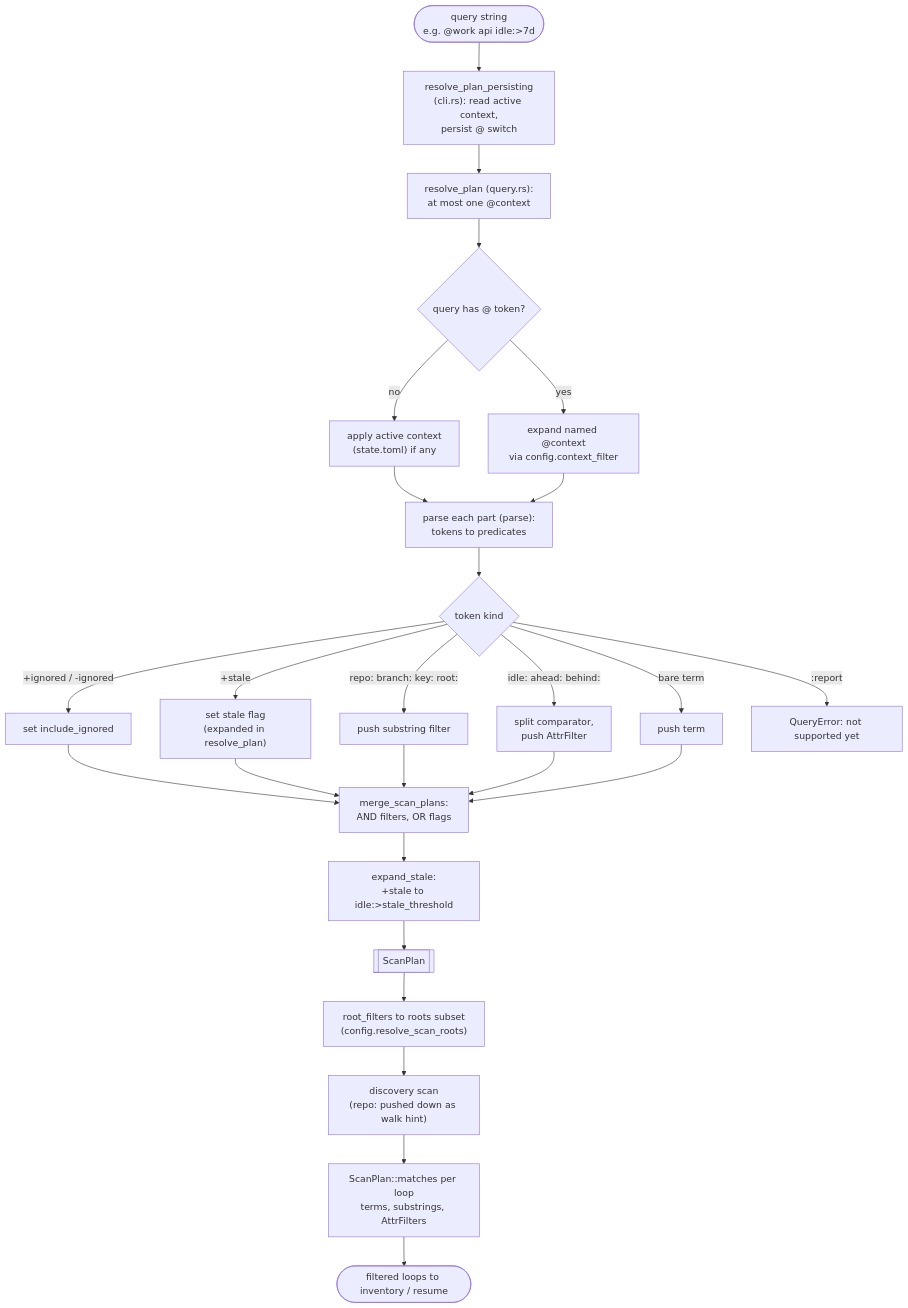
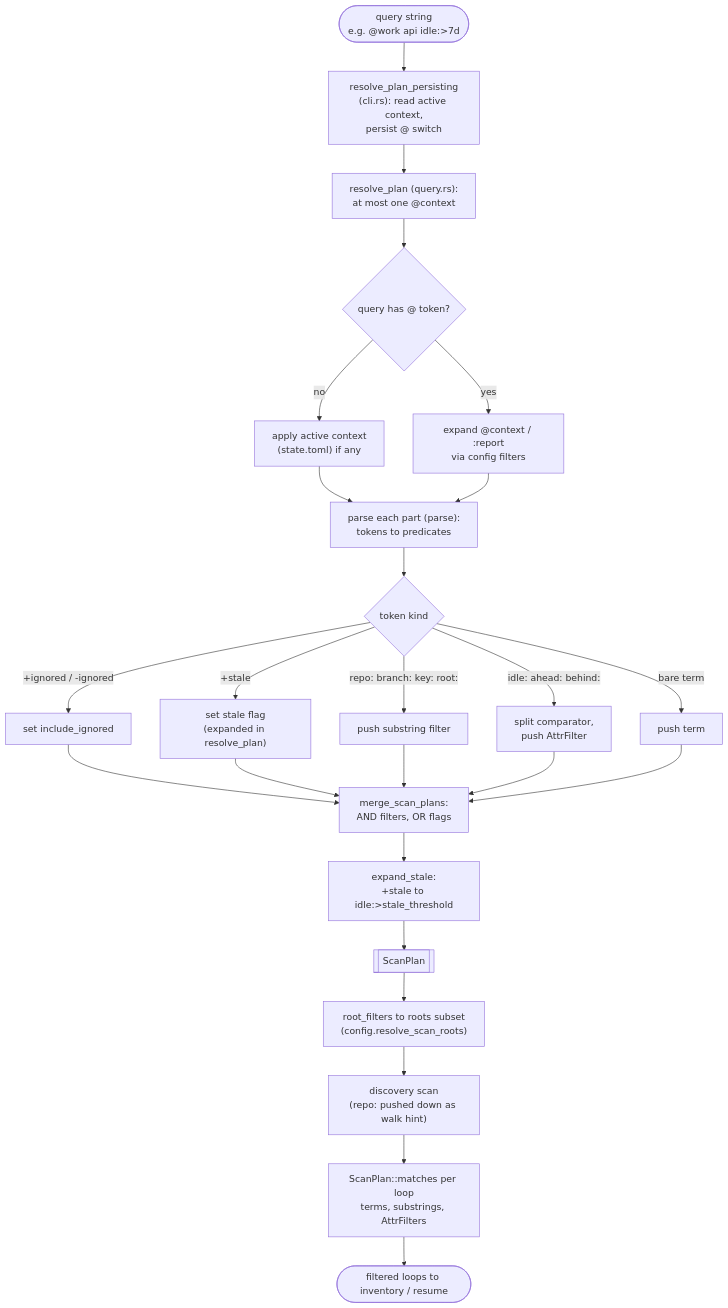
The diagram in docs/architecture/03-query-engine.md (carvalhosauro/open-loops), drawn with Mermaid before and after one commit. The commit also changed other lines of this file and 7 other files, not shown here.

````diff
--- a/docs/architecture/03-query-engine.md
+++ b/docs/architecture/03-query-engine.md
@@ -107,32 +108,31 @@
 ```mermaid
 flowchart TD
     qstr(["query string<br/>e.g. @work api idle:&gt;7d"]) --> wrap["resolve_plan_persisting<br/>(cli.rs): read active context,<br/>persist @ switch"]
     wrap --> resolve["resolve_plan (query.rs):<br/>at most one @context"]
 
     resolve --> hasat{query has @ token?}
     hasat -->|no| usedef["apply active context<br/>(state.toml) if any"]
-    hasat -->|yes| expand["expand named @context<br/>via config.context_filter"]
+    hasat -->|yes| expand["expand @context / :report<br/>via config filters"]
     usedef --> subparse
     expand --> subparse
 
     subparse["parse each part (parse):<br/>tokens to predicates"] --> toks{token kind}
     toks -->|+ignored / -ignored| flag["set include_ignored"]
     toks -->|+stale| stale["set stale flag<br/>(expanded in resolve_plan)"]
     toks -->|repo: branch: key: root:| subs["push substring filter"]
     toks -->|idle: ahead: behind:| attr["split comparator,<br/>push AttrFilter"]
     toks -->|bare term| term["push term"]
-    toks -->|:report| rep["QueryError: not supported yet"]
 
     flag --> merge
     stale --> merge
     subs --> merge
     attr --> merge
     term --> merge
     merge["merge_scan_plans:<br/>AND filters, OR flags"] --> stalex["expand_stale:<br/>+stale to idle:&gt;stale_threshold"]
     stalex --> plan[["ScanPlan"]]
 
     plan --> rootpd["root_filters to roots subset<br/>(config.resolve_scan_roots)"]
     rootpd --> scan["discovery scan<br/>(repo: pushed down as walk hint)"]
     scan --> eval["ScanPlan::matches per loop<br/>terms, substrings, AttrFilters"]
     eval --> out(["filtered loops to inventory / resume"])
 ```
````
